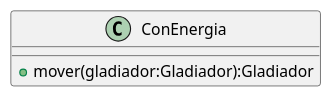
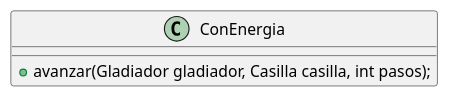
The diagram in diagrams/clases/estado/clase_conEnergia.plantuml (mcumskov/Algo3_tp2), drawn with PlantUML before and after one commit. The commit also changed 32 other files, not shown here.

Commit message:
refactor casilla, actualizacion de los diagramas de clases

```diff
--- a/diagrams/clases/estado/clase_conEnergia.plantuml
+++ b/diagrams/clases/estado/clase_conEnergia.plantuml
@@ -1,5 +1,5 @@
 @startuml
 class ConEnergia {
-    + mover(gladiador:Gladiador):Gladiador
+    + avanzar(Gladiador gladiador, Casilla casilla, int pasos);
 }
 @enduml
```
